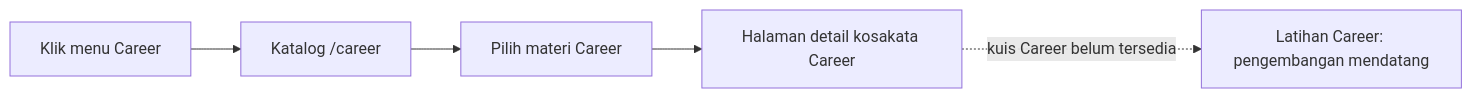
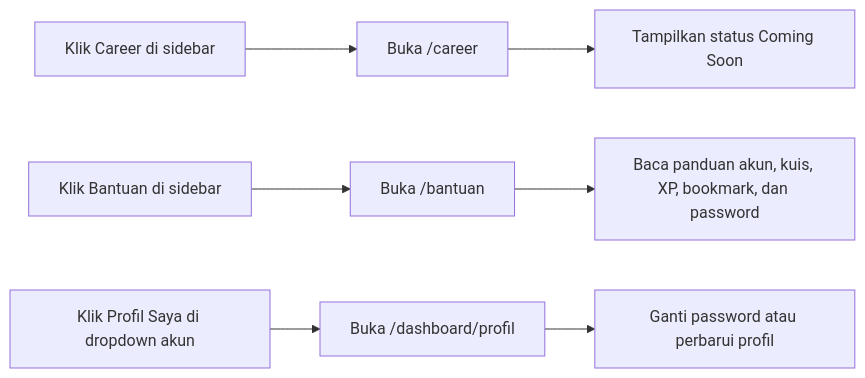
One commit to nandayudhistirawibowo/NdUniverse changed the fourth of 5 diagrams in FLOWCHART.md. Above: the diagram before and after it, drawn with Mermaid. The commit also changed other lines of this file and 2 other files, not shown here.

Commit message:
docs: total rebranding PRD, ERD, FLOWCHART untuk pengguna umum & fitur baru

````diff
--- a/FLOWCHART.md
+++ b/FLOWCHART.md
@@ -92,7 +79,9 @@
 ```mermaid
 flowchart LR
-    A[Klik menu Career] --> B[Katalog /career]
-    B --> C[Pilih materi Career]
-    C --> D[Halaman detail kosakata Career]
-    D -. "kuis Career belum tersedia" .-> E[Latihan Career: pengembangan mendatang]
+    A[Klik Career di sidebar] --> B[Buka /career]
+    B --> C[Tampilkan status Coming Soon]
+    D[Klik Bantuan di sidebar] --> E[Buka /bantuan]
+    E --> F[Baca panduan akun, kuis, XP, bookmark, dan password]
+    G[Klik Profil Saya di dropdown akun] --> H[Buka /dashboard/profil]
+    H --> I[Ganti password atau perbarui profil]
 ```
````
